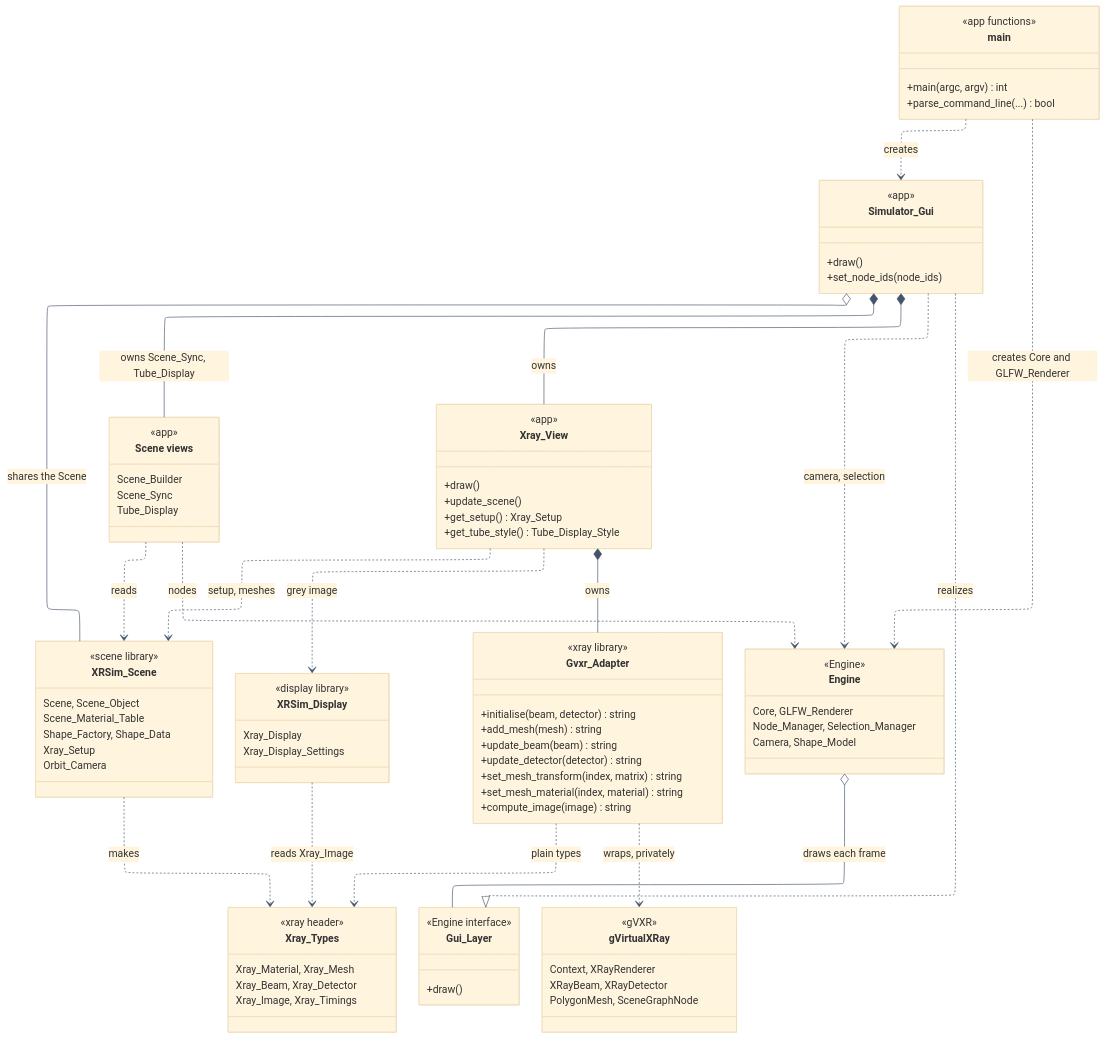
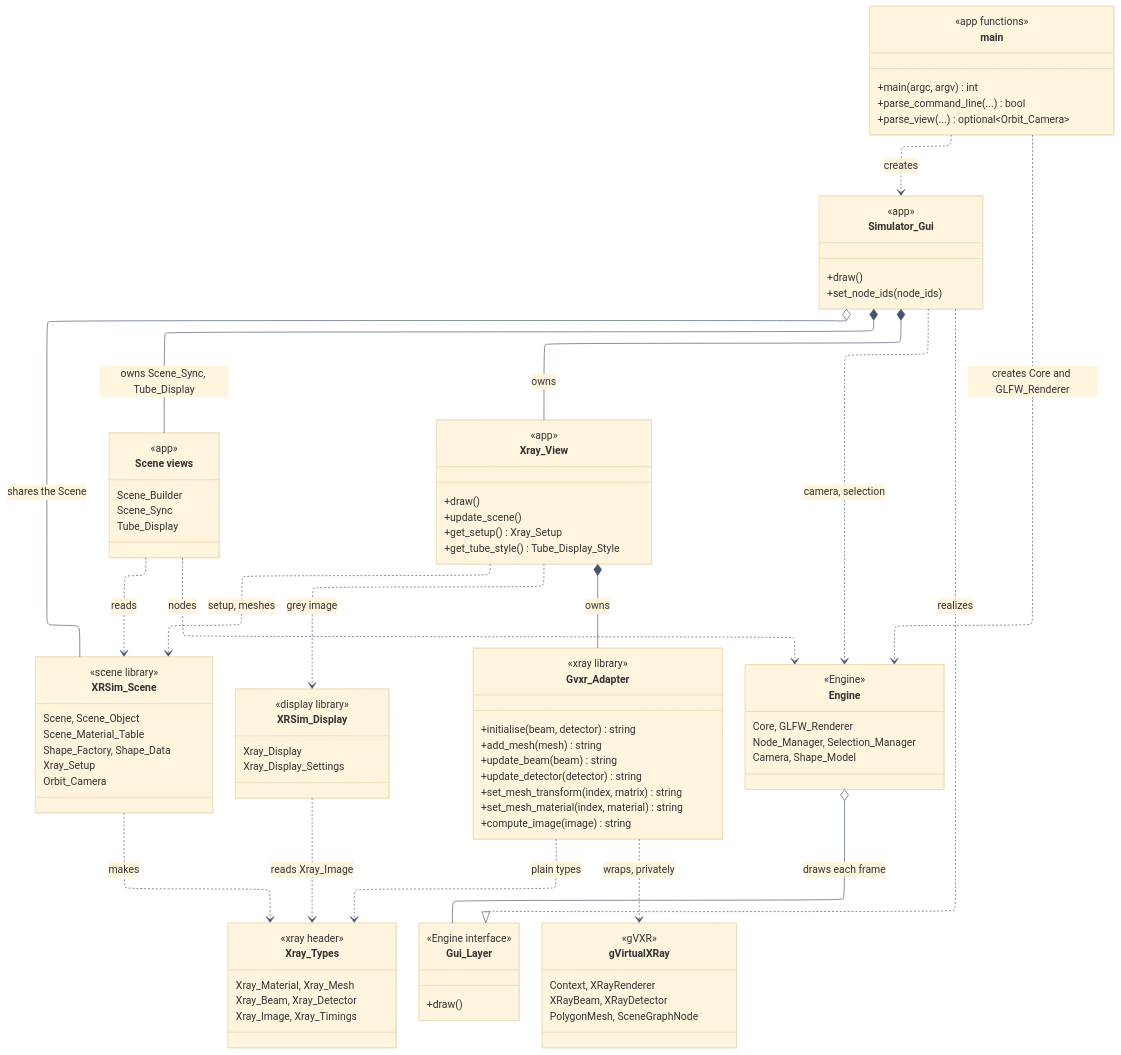
Before and after one commit to emartg/xray-sim: the diagram in docs/diagrams/uml/architecture_overview.mmd, drawn with Mermaid. The commit also changed 19 other files, not shown here.

First line of the commit message:
Show the Whole X-ray Setup in the README and Update the Documents and Diagrams

```diff
--- a/docs/diagrams/uml/architecture_overview.mmd
+++ b/docs/diagrams/uml/architecture_overview.mmd
@@ -1,103 +1,104 @@
 ---
 config:
   layout: elk
   fontFamily: "Segoe UI, Arial, sans-serif"
   theme: base
   themeVariables:
     fontSize: 16px
     lineColor: "#44546a"
     edgeLabelBackground: "#ffffff"
   class:
     useMaxWidth: false
 ---
 %% The top of the UML set: the modules of the simulator (app, scene, display, xray) and the two packages that it uses (the Engine and gVirtualXRay).
 %% Detailed by app_module (main, Simulator_Gui, Xray_View), scene_views (Scene views), scene_module (XRSim_Scene), display_module
 %% (XRSim_Display), and xray_module (Gvxr_Adapter and Xray_Types). The Engine and gVirtualXRay show only the classes that the simulator uses.
 classDiagram
     direction TB
     class main {
         <<app functions>>
         +main(argc, argv) int
         +parse_command_line(...) bool
+        +parse_view(...) optional~Orbit_Camera~
     }
     class Simulator_Gui {
         <<app>>
         +draw()
         +set_node_ids(node_ids)
     }
     class Scene_Views["Scene views"] {
         <<app>>
         Scene_Builder
         Scene_Sync
         Tube_Display
     }
     class Xray_View {
         <<app>>
         +draw()
         +update_scene()
         +get_setup() Xray_Setup
         +get_tube_style() Tube_Display_Style
     }
     class XRSim_Scene {
         <<scene library>>
         Scene, Scene_Object
         Scene_Material_Table
         Shape_Factory, Shape_Data
         Xray_Setup
         Orbit_Camera
     }
     class XRSim_Display {
         <<display library>>
         Xray_Display
         Xray_Display_Settings
     }
     class Gvxr_Adapter {
         <<xray library>>
         +initialise(beam, detector) string
         +add_mesh(mesh) string
         +update_beam(beam) string
         +update_detector(detector) string
         +set_mesh_transform(index, matrix) string
         +set_mesh_material(index, material) string
         +compute_image(image) string
     }
     class Xray_Types {
         <<xray header>>
         Xray_Material, Xray_Mesh
         Xray_Beam, Xray_Detector
         Xray_Image, Xray_Timings
     }
     class Gui_Layer {
         <<Engine interface>>
         +draw()
     }
     class Engine {
         <<Engine>>
         Core, GLFW_Renderer
         Node_Manager, Selection_Manager
         Camera, Shape_Model
     }
     class gVirtualXRay {
         <<gVXR>>
         Context, XRayRenderer
         XRayBeam, XRayDetector
         PolygonMesh, SceneGraphNode
     }
 
     main ..> Engine : creates Core and GLFW_Renderer
     main ..> Simulator_Gui : creates
     Simulator_Gui ..|> Gui_Layer : realizes
     Engine o-- Gui_Layer : draws each frame
     Simulator_Gui *-- Scene_Views : owns Scene_Sync, Tube_Display
     Simulator_Gui *-- Xray_View : owns
     Simulator_Gui o-- XRSim_Scene : shares the Scene
     Simulator_Gui ..> Engine : camera, selection
     Scene_Views ..> Engine : nodes
     Scene_Views ..> XRSim_Scene : reads
     Xray_View ..> XRSim_Scene : setup, meshes
     Xray_View ..> XRSim_Display : grey image
     Xray_View *-- Gvxr_Adapter : owns
     Gvxr_Adapter ..> Xray_Types : plain types
     XRSim_Scene ..> Xray_Types : makes
     XRSim_Display ..> Xray_Types : reads Xray_Image
     Gvxr_Adapter ..> gVirtualXRay : wraps, privately
```
